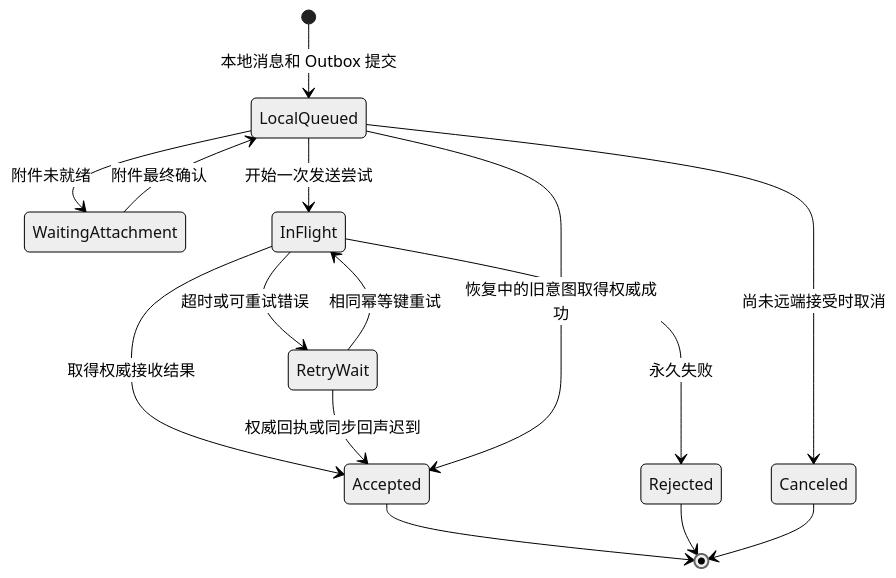
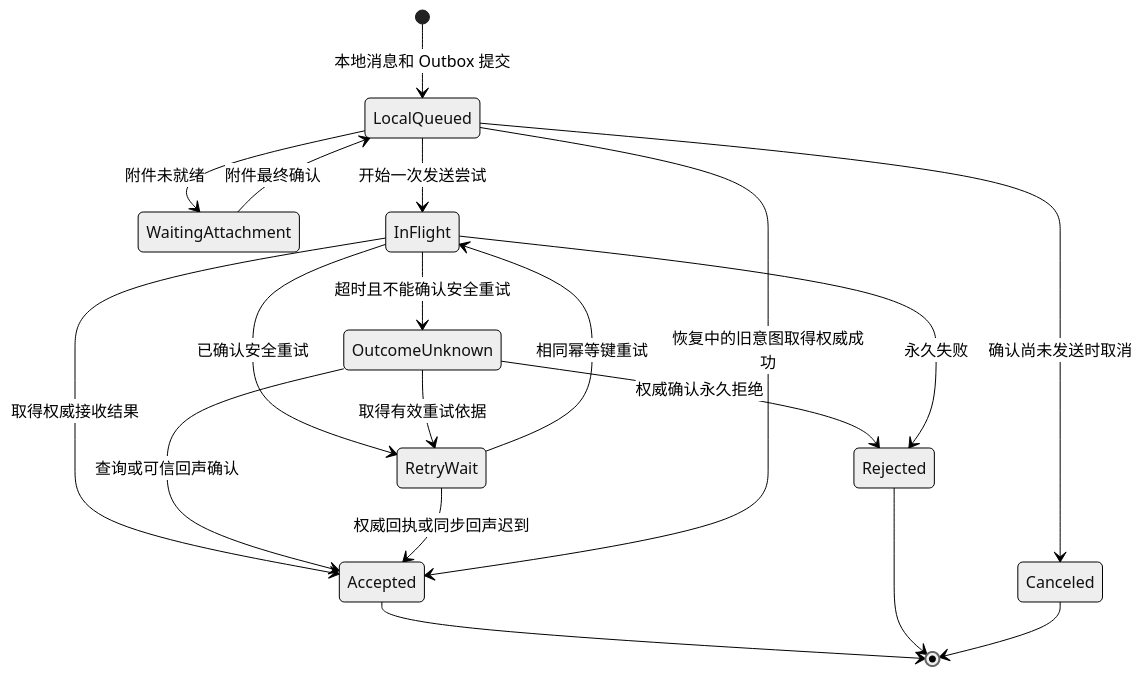
The third of 3 diagrams in iOS相关的文档和资料.md/iOS IM开发研究手册.md/iOS IM开发研究手册.md (JobsKits/JobsDocs), drawn with Mermaid (neutral theme) before and after one commit. The commit also changed other lines of this file and 2 other files, not shown here.

````diff
--- a/iOS相关的文档和资料.md/iOS IM开发研究手册.md/iOS IM开发研究手册.md
+++ b/iOS相关的文档和资料.md/iOS IM开发研究手册.md/iOS IM开发研究手册.md
@@ -281,17 +314,21 @@
 ```mermaid
 stateDiagram-v2
     [*] --> LocalQueued: 本地消息和 Outbox 提交
     LocalQueued --> WaitingAttachment: 附件未就绪
     WaitingAttachment --> LocalQueued: 附件最终确认
     LocalQueued --> InFlight: 开始一次发送尝试
     InFlight --> Accepted: 取得权威接收结果
-    InFlight --> RetryWait: 超时或可重试错误
+    InFlight --> RetryWait: 已确认安全重试
+    InFlight --> OutcomeUnknown: 超时且不能确认安全重试
+    OutcomeUnknown --> Accepted: 查询或可信回声确认
+    OutcomeUnknown --> Rejected: 权威确认永久拒绝
+    OutcomeUnknown --> RetryWait: 取得有效重试依据
     RetryWait --> Accepted: 权威回执或同步回声迟到
     RetryWait --> InFlight: 相同幂等键重试
     LocalQueued --> Accepted: 恢复中的旧意图取得权威成功
     InFlight --> Rejected: 永久失败
-    LocalQueued --> Canceled: 尚未远端接受时取消
+    LocalQueued --> Canceled: 确认尚未发送时取消
     Accepted --> [*]
     Rejected --> [*]
     Canceled --> [*]
 ```
````
